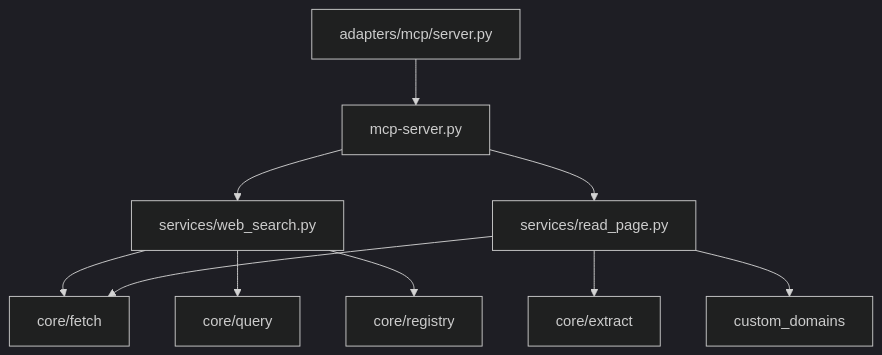
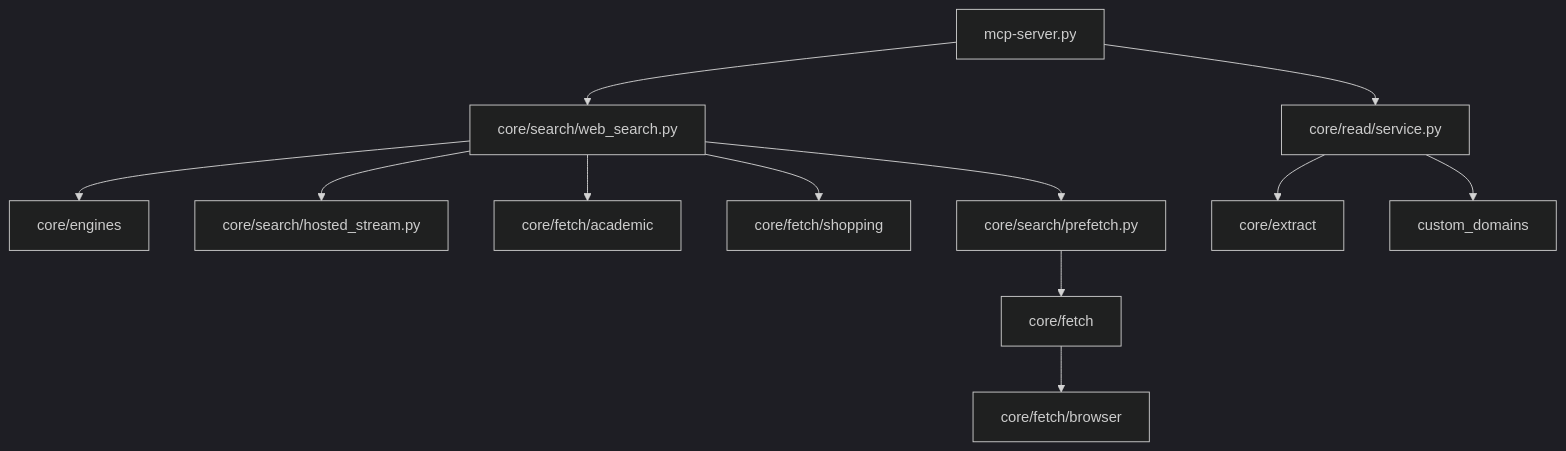
The diagram in Docs/ASLM/content/docs/ASLM-Chat/Tools/mcp-web-search/_index.md (NGGTLightKeeper/ASLM-Chat), drawn with Mermaid (dark theme) before and after one commit. The commit also changed other lines of this file and 92 other files, not shown here.

````diff
--- a/Docs/ASLM/content/docs/ASLM-Chat/Tools/mcp-web-search/_index.md
+++ b/Docs/ASLM/content/docs/ASLM-Chat/Tools/mcp-web-search/_index.md
@@ -39,12 +34,14 @@
 ```mermaid
 flowchart TB
-  MCP[adapters/mcp/server.py] --> Bridge[mcp-server.py]
-  Bridge --> WS[services/web_search.py]
-  Bridge --> RP[services/read_page.py]
-  WS --> Fetch[core/fetch]
-  WS --> Query[core/query]
-  WS --> Reg[core/registry]
+  Bridge[mcp-server.py] --> WS[core/search/web_search.py]
+  Bridge --> RP[core/read/service.py]
+  WS --> SERP[core/engines]
+  WS --> Hosted[core/search/hosted_stream.py]
+  WS --> Acad[core/fetch/academic]
+  WS --> Shop[core/fetch/shopping]
+  WS --> Prefetch[core/search/prefetch.py]
   RP --> Extract[core/extract]
-  RP --> Fetch
   RP --> Custom[custom_domains]
+  Prefetch --> Fetch[core/fetch]
+  Fetch --> Browser[core/fetch/browser]
 ```
````
